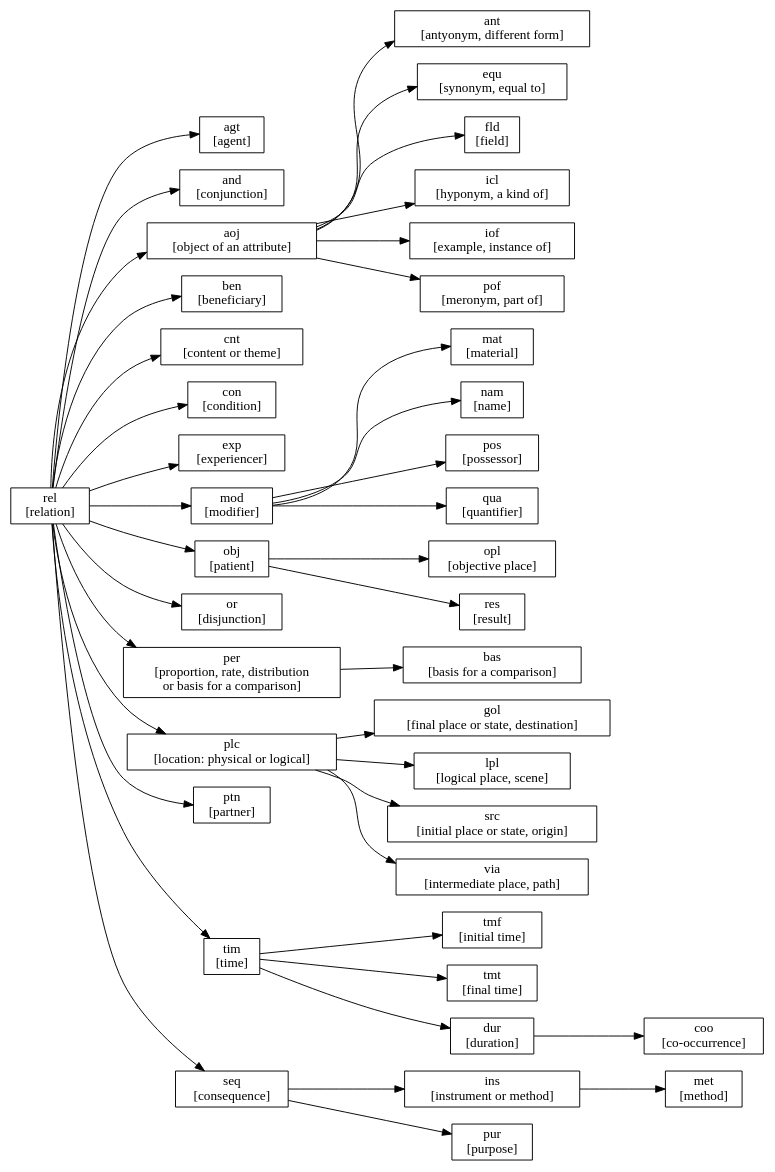
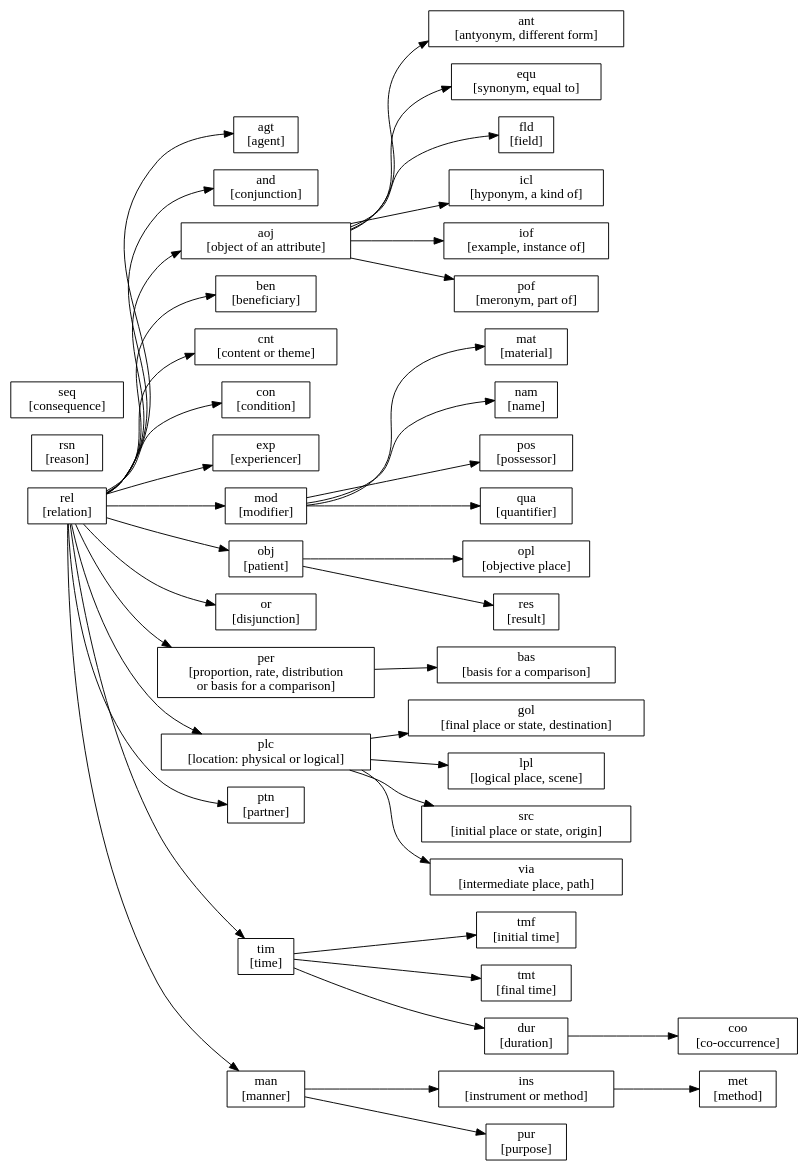
One commit to jgsogo/muia_tfm changed the diagram in doc/4.model/i.recursos.rst. Above: the diagram before and after it, drawn with Graphviz.

```diff
--- a/doc/4.model/i.recursos.rst
+++ b/doc/4.model/i.recursos.rst
@@ -155,8 +155,8 @@
                 n15_m01_l01[label="met\n[method]"]
             n15_m02[label="pur\n[purpose]"]
 
-        n15[label="rsn\n[reason]"]
-        n15[label="seq\n[consequence]"]
+        n16[label="rsn\n[reason]"]
+        n17[label="seq\n[consequence]"]
         
         r -> n01
         r -> n02
```
